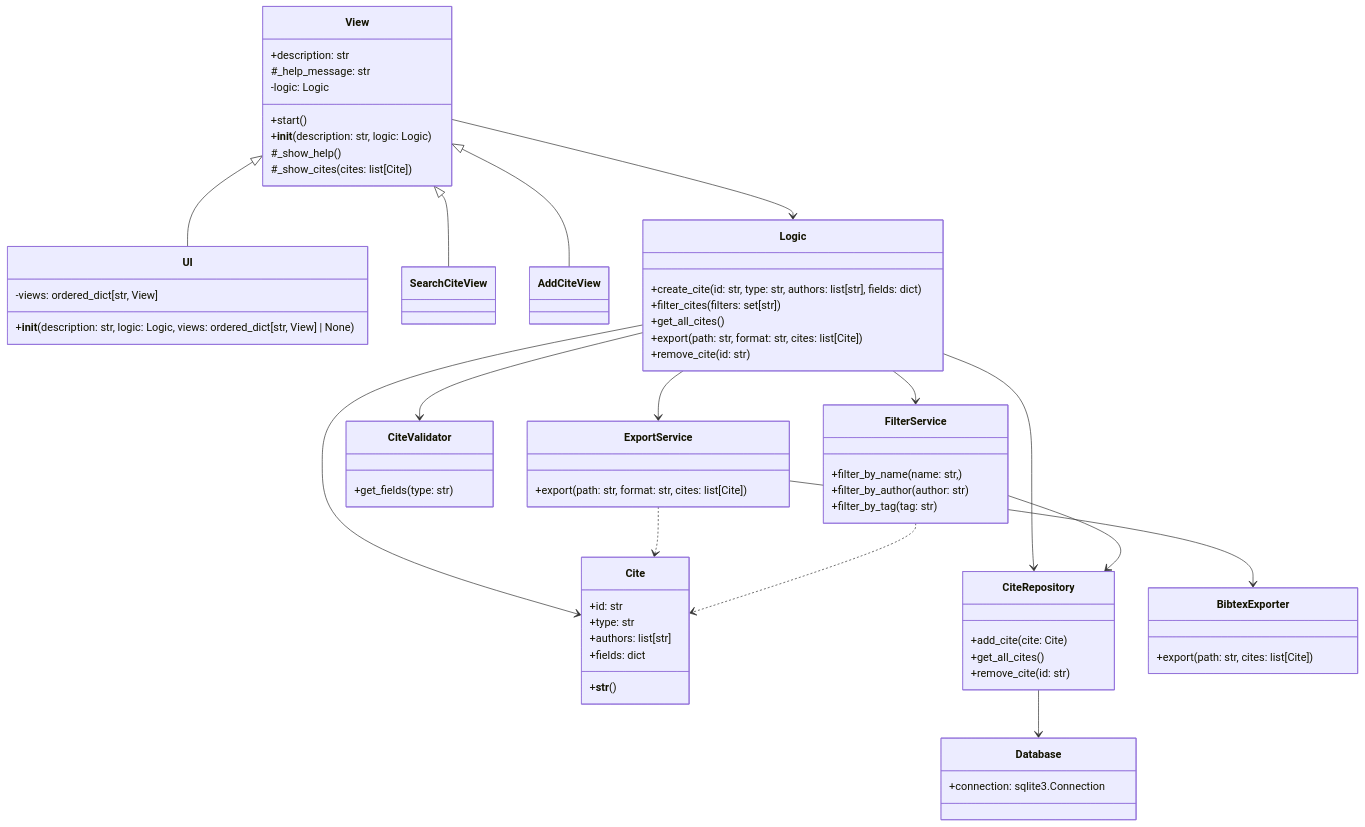
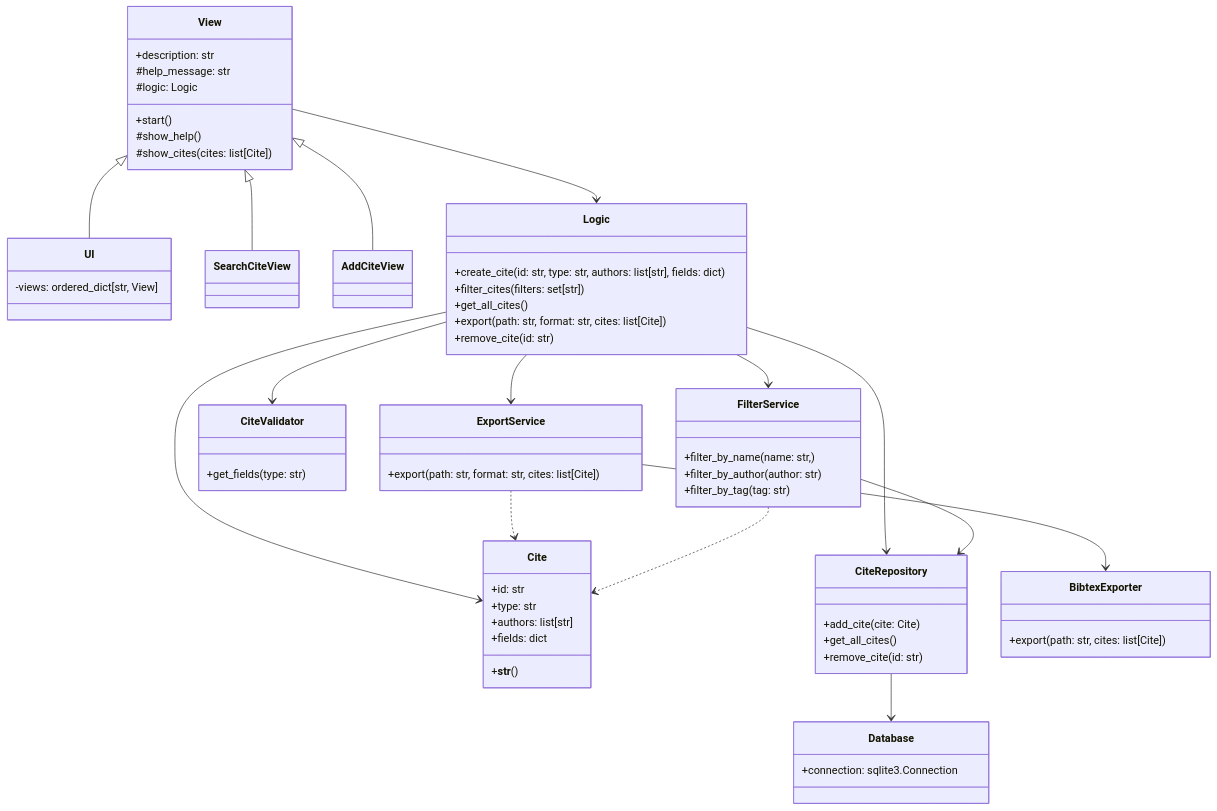
Before and after one commit to TheJiahao/ohtu-miniprojekti: the second of 2 diagrams in docs/arkkitehtuuri.md, drawn with Mermaid.

Commit message:
Remove __init__

````diff
--- a/docs/arkkitehtuuri.md
+++ b/docs/arkkitehtuuri.md
@@ -23,81 +23,79 @@
 ```mermaid
 classDiagram
 
 View <|-- UI
 View <|-- SearchCiteView
 View <|-- AddCiteView
 View --> Logic
 
 Logic --> Cite
 Logic --> CiteRepository
 Logic --> ExportService
 Logic --> CiteValidator
 Logic --> FilterService
 
 ExportService --> BibtexExporter
 ExportService ..> Cite
 
 FilterService --> CiteRepository
 FilterService ..> Cite
 
 CiteRepository --> Database
 
 class View {
     +description: str
-    #_help_message: str
-    -logic: Logic
+    #help_message: str
+    #logic: Logic
     +start()
-    +__init__(description: str, logic: Logic)
-    #_show_help()
-    #_show_cites(cites: list[Cite])
+    #show_help()
+    #show_cites(cites: list[Cite])
 }
 
 class UI {
     -views: ordered_dict[str, View]
-    +__init__(description: str, logic: Logic, views: ordered_dict[str, View] | None)
 }
 
 class Logic{
     +create_cite(id: str, type: str, authors: list[str], fields: dict)
     +filter_cites(filters: set[str])
     +get_all_cites()
     +export(path: str, format: str, cites: list[Cite])
     +remove_cite(id: str)
 }
 
 class Cite {
     +id: str
     +type: str
     +authors: list[str]
     +fields: dict
     +__str__()
 }
 
 class CiteRepository {
     +add_cite(cite: Cite)
     +get_all_cites()
     +remove_cite(id: str)
 }
 
 class Database {
     +connection: sqlite3.Connection
 }
 
 class BibtexExporter {
     +export(path: str, cites: list[Cite])
 }
 
 class ExportService {
     +export(path: str, format: str, cites: list[Cite])
 }
 
 class CiteValidator {
     +get_fields(type: str)
 }
 
 class FilterService {
     +filter_by_name(name: str, )
     +filter_by_author(author: str)
     +filter_by_tag(tag: str)
 }
 ```
````
